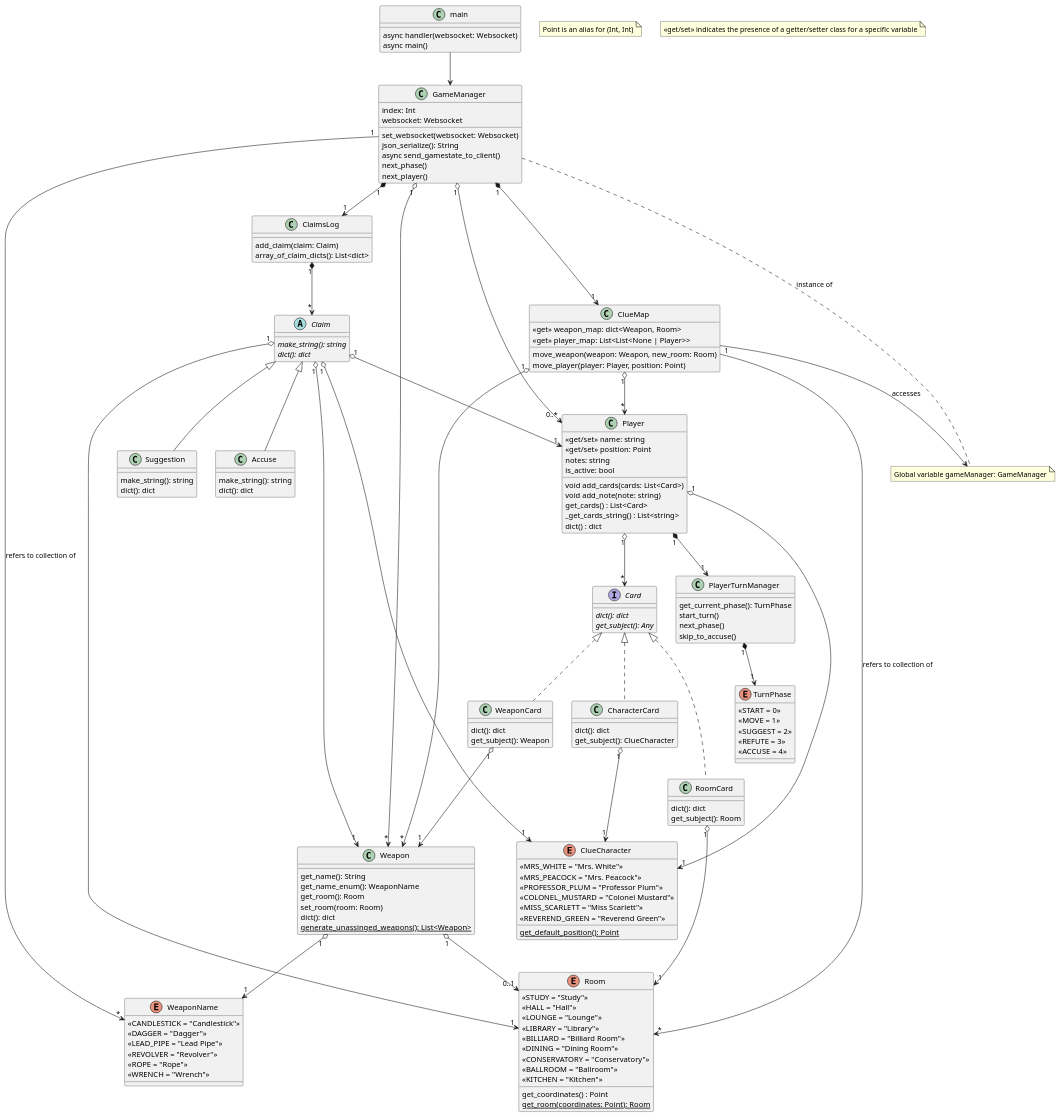
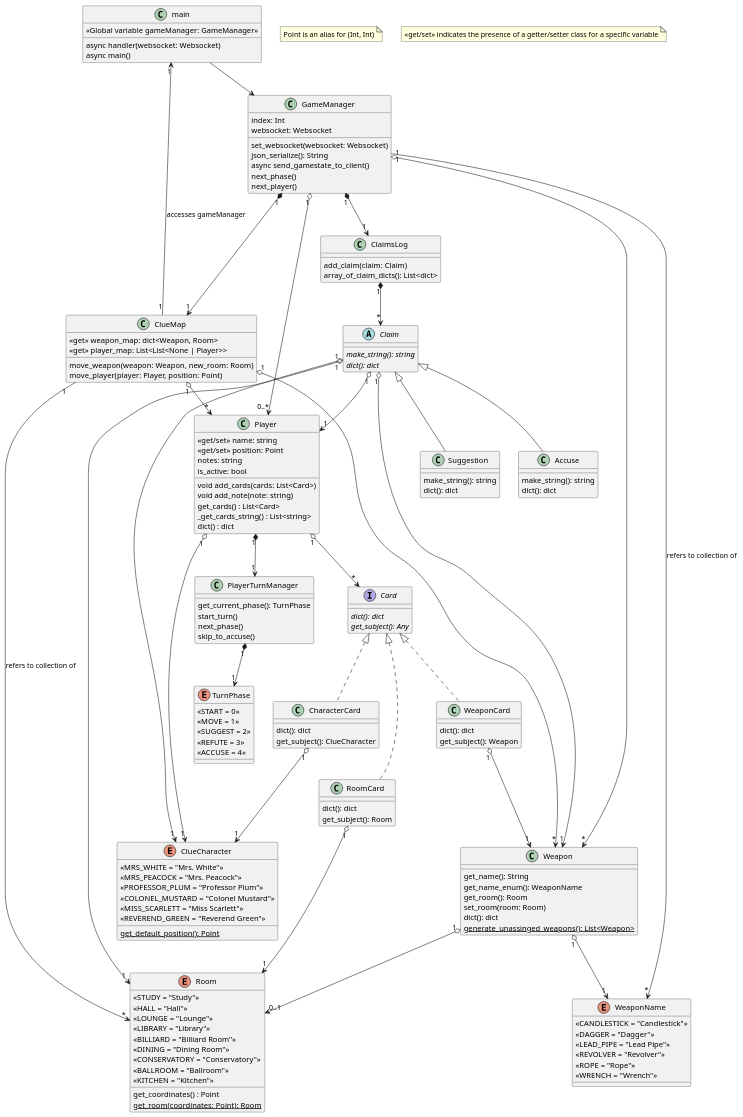
Before and after one commit to jfiorin1/clue-game-server: the diagram in clue-less.puml, drawn with PlantUML.

```diff
--- a/clue-less.puml
+++ b/clue-less.puml
@@ -1,171 +1,169 @@
 @startuml
 'https://plantuml.com/class-diagram
 
 class main {
+    <<Global variable gameManager: GameManager>>
     async handler(websocket: Websocket)
     async main()
 }
 
 main --> GameManager
 
 class GameManager {
     index: Int
     websocket: Websocket
     set_websocket(websocket: Websocket)
     json_serialize(): String
     async send_gamestate_to_client()
     next_phase()
     next_player()
 }
 
 GameManager "1" o--> "0..*" Player
 GameManager "1" o--> "*" Weapon
 GameManager "1" --> "*" WeaponName: refers to collection of
 GameManager "1" *--> "1" ClaimsLog
 GameManager "1" *--> "1" ClueMap
 
 note "Point is an alias for (Int, Int)" as n
 note "<<get/set>> indicates the presence of a getter/setter class for a specific variable" as n2
-note "Global variable gameManager: GameManager" as g
-
-GameManager -[dashed]- g: instance of
 
 class Player {
     <<get/set>> name: string
     <<get/set>> position: Point
     notes: string
     is_active: bool
     void add_cards(cards: List<Card>)
     void add_note(note: string)
     get_cards() : List<Card>
     _get_cards_string() : List<string>
     dict() : dict
 }
 
 Player "1" o--> "1" ClueCharacter
 Player "1" o--> "*" Card
 Player "1" *--> "1" PlayerTurnManager
 
 enum ClueCharacter {
     <<MRS_WHITE = "Mrs. White">>
     <<MRS_PEACOCK = "Mrs. Peacock">>
     <<PROFESSOR_PLUM = "Professor Plum">>
     <<COLONEL_MUSTARD = "Colonel Mustard">>
     <<MISS_SCARLETT = "Miss Scarlett">>
     <<REVEREND_GREEN = "Reverend Green">>
     {static} get_default_position(): Point
 }
 
 class Weapon {
     get_name(): String
     get_name_enum(): WeaponName
     get_room(): Room
     set_room(room: Room)
     dict(): dict
     {static} generate_unassinged_weapons(): List<Weapon>
 }
 
 Weapon "1" o--> "1" WeaponName
 Weapon "1" o--> "0..1" Room
 
 enum WeaponName {
     <<CANDLESTICK = "Candlestick">>
     <<DAGGER = "Dagger">>
     <<LEAD_PIPE = "Lead Pipe">>
     <<REVOLVER = "Revolver">>
     <<ROPE = "Rope">>
     <<WRENCH = "Wrench">>
 }
 
 class ClaimsLog {
     add_claim(claim: Claim)
     array_of_claim_dicts(): List<dict>
 }
 
 ClaimsLog "1" *--> "*" Claim
 
 abstract class Claim {
     {abstract} make_string(): string
     {abstract} dict(): dict
 }
 
 Claim "1" o--> "1" ClueCharacter
 Claim "1" o--> "1" Weapon
 Claim "1" o--> "1" Room
 Claim "1" o--> "1" Player
 
 class Suggestion extends Claim {
     make_string(): string
     dict(): dict
 }
 class Accuse extends Claim {
     make_string(): string
     dict(): dict
 }
 
 interface Card {
     {abstract} dict(): dict
     {abstract} get_subject(): Any
 }
 
 class CharacterCard implements Card {
     dict(): dict
     get_subject(): ClueCharacter
 }
 class WeaponCard implements Card {
     dict(): dict
     get_subject(): Weapon
 }
 class RoomCard implements Card {
     dict(): dict
     get_subject(): Room
 }
 
 CharacterCard "1" o--> "1" ClueCharacter
 RoomCard "1" o--> "1" Room
 WeaponCard "1" o--> "1" Weapon
 
 class ClueMap {
     <<get>> weapon_map: dict<Weapon, Room>
     <<get>> player_map: List<List<None | Player>>
     move_weapon(weapon: Weapon, new_room: Room)
     move_player(player: Player, position: Point)
 }
 
 ClueMap "1" o--> "*" Weapon
 ClueMap "1" o--> "*" Player
 ClueMap "1" --> "*" Room: refers to collection of
-ClueMap --> g: accesses
+ClueMap "1" --> "1" main: accesses gameManager
 
 enum Room {
     <<STUDY = "Study">>
     <<HALL = "Hall">>
     <<LOUNGE = "Lounge">>
     <<LIBRARY = "Library">>
     <<BILLIARD = "Billiard Room">>
     <<DINING = "Dining Room">>
     <<CONSERVATORY = "Conservatory">>
     <<BALLROOM = "Ballroom">>
     <<KITCHEN = "Kitchen">>
     get_coordinates() : Point
     {static} get_room(coordinates: Point): Room
 }
 
 class PlayerTurnManager {
     get_current_phase(): TurnPhase
     start_turn()
     next_phase()
     skip_to_accuse()
 }
 
 PlayerTurnManager "1" *--> "1" TurnPhase
 
 enum TurnPhase {
     <<START = 0>>
     <<MOVE = 1>>
     <<SUGGEST = 2>>
     <<REFUTE = 3>>
     <<ACCUSE = 4>>
 }
 
 @enduml
```
